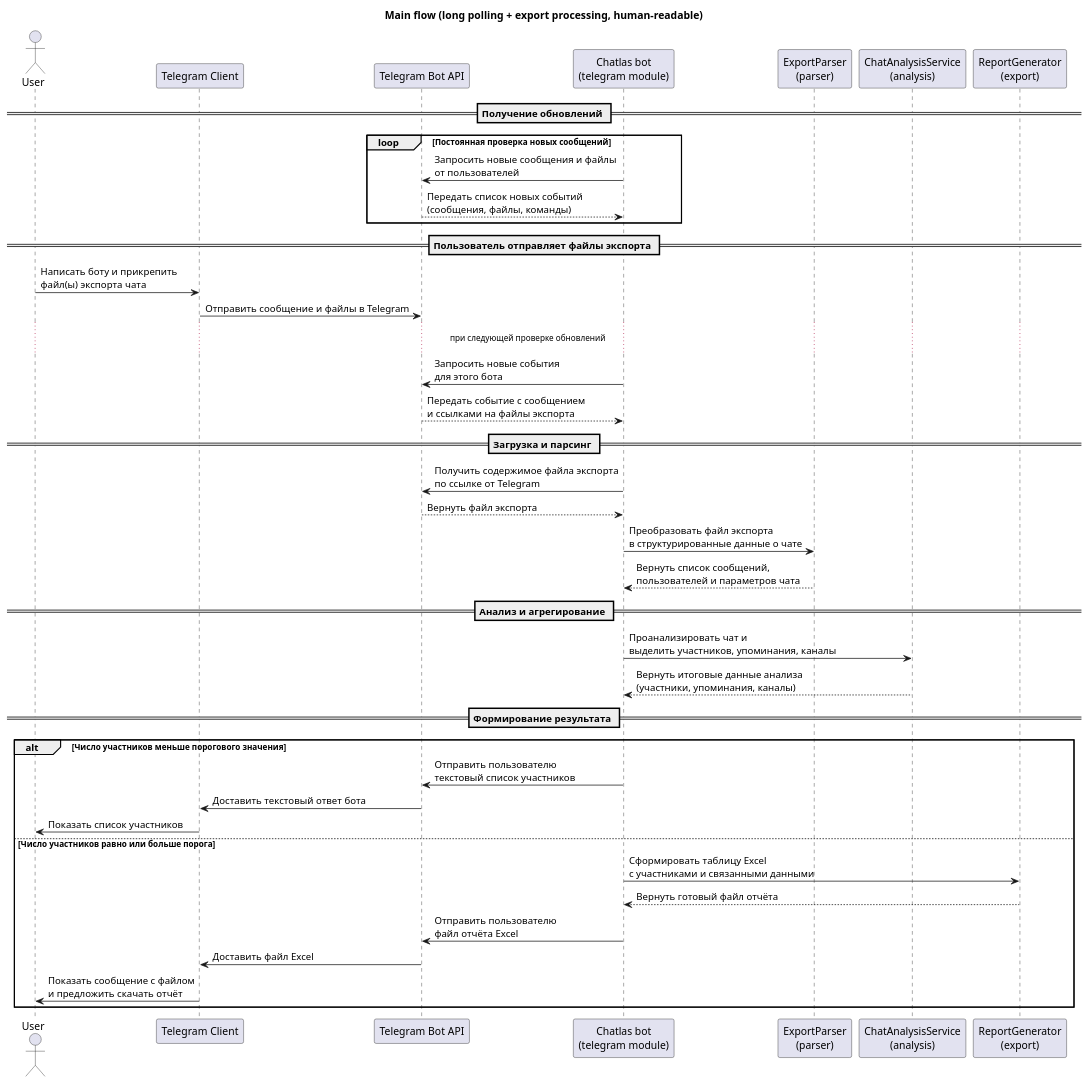
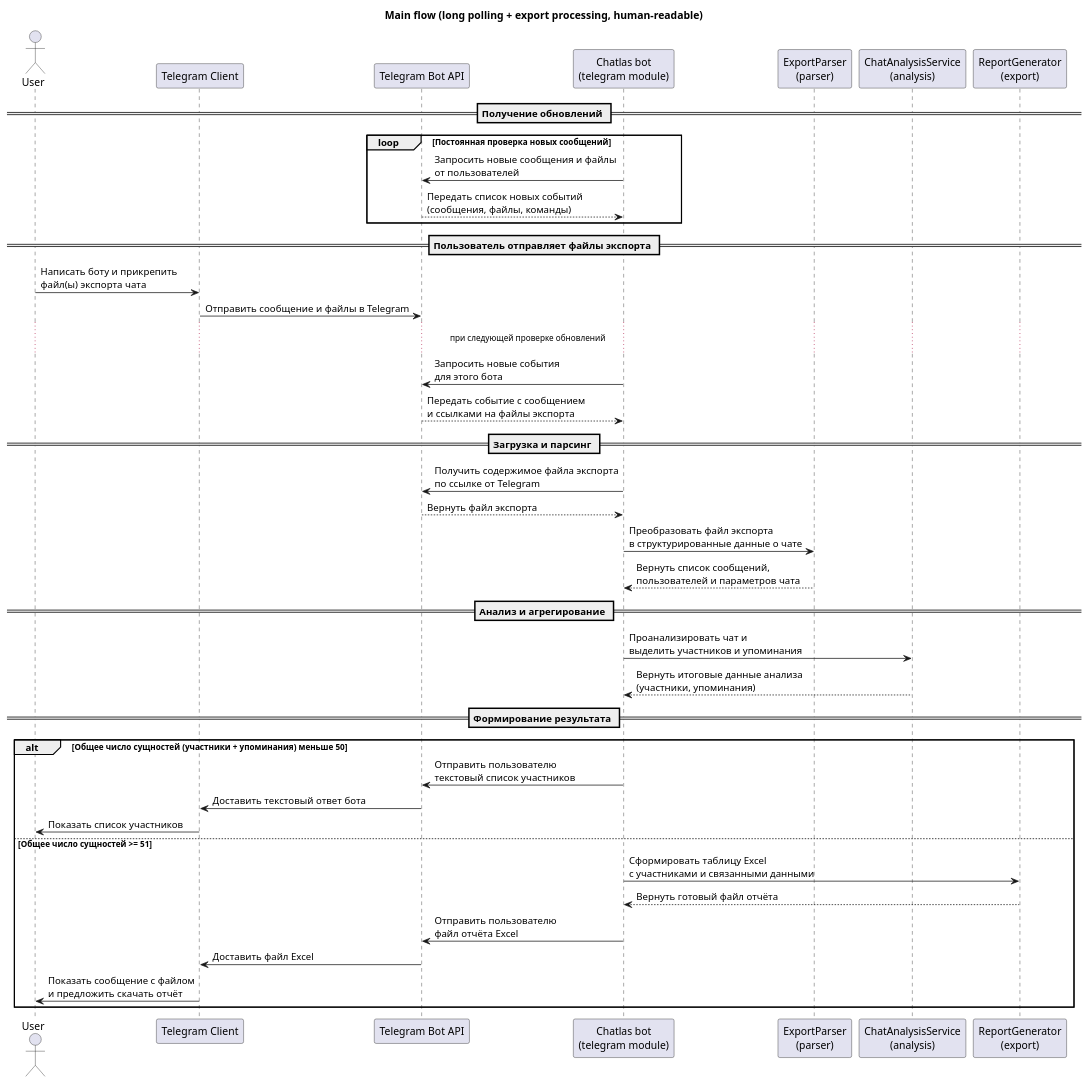
Before and after one commit to vspochernin/chatlas: the diagram in docs/diagrams/sequence.puml, drawn with PlantUML. The commit also changed 17 other files, not shown here.

```diff
--- a/docs/diagrams/sequence.puml
+++ b/docs/diagrams/sequence.puml
@@ -1,49 +1,49 @@
 @startuml sequence
 title Main flow (long polling + export processing, human-readable)
 
 actor User
 participant "Telegram Client" as TgClient
 participant "Telegram Bot API" as TgAPI
 participant "Chatlas bot\n(telegram module)" as Bot
 participant "ExportParser\n(parser)" as Parser
 participant "ChatAnalysisService\n(analysis)" as Analysis
 participant "ReportGenerator\n(export)" as ReportGen
 
 == Получение обновлений ==
 loop Постоянная проверка новых сообщений
   Bot -> TgAPI : Запросить новые сообщения и файлы\nот пользователей
   TgAPI --> Bot : Передать список новых событий\n(сообщения, файлы, команды)
 end
 
 == Пользователь отправляет файлы экспорта ==
 User -> TgClient : Написать боту и прикрепить\nфайл(ы) экспорта чата
 TgClient -> TgAPI : Отправить сообщение и файлы в Telegram
 ... при следующей проверке обновлений ...
 Bot -> TgAPI : Запросить новые события\nдля этого бота
 TgAPI --> Bot : Передать событие с сообщением\nи ссылками на файлы экспорта
 
 == Загрузка и парсинг ==
 Bot -> TgAPI : Получить содержимое файла экспорта\nпо ссылке от Telegram
 TgAPI --> Bot : Вернуть файл экспорта
 
 Bot -> Parser : Преобразовать файл экспорта\nв структурированные данные о чате
 Parser --> Bot : Вернуть список сообщений,\nпользователей и параметров чата
 
 == Анализ и агрегирование ==
-Bot -> Analysis : Проанализировать чат и\nвыделить участников, упоминания, каналы
-Analysis --> Bot : Вернуть итоговые данные анализа\n(участники, упоминания, каналы)
+Bot -> Analysis : Проанализировать чат и\nвыделить участников и упоминания
+Analysis --> Bot : Вернуть итоговые данные анализа\n(участники, упоминания)
 
 == Формирование результата ==
-alt Число участников меньше порогового значения
+alt Общее число сущностей (участники + упоминания) меньше 50
   Bot -> TgAPI : Отправить пользователю\nтекстовый список участников
   TgAPI -> TgClient : Доставить текстовый ответ бота
   TgClient -> User : Показать список участников
-else Число участников равно или больше порога
+else Общее число сущностей >= 51
   Bot -> ReportGen : Сформировать таблицу Excel\nс участниками и связанными данными
   ReportGen --> Bot : Вернуть готовый файл отчёта
   Bot -> TgAPI : Отправить пользователю\nфайл отчёта Excel
   TgAPI -> TgClient : Доставить файл Excel
   TgClient -> User : Показать сообщение с файлом\nи предложить скачать отчёт
 end
 
 @enduml
```
